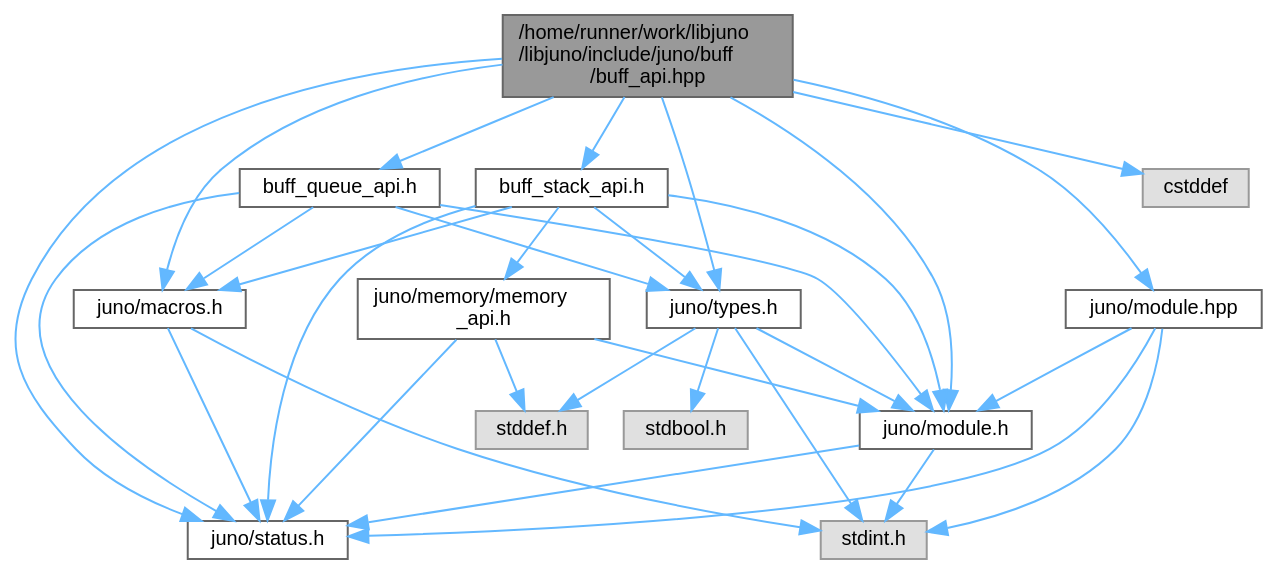
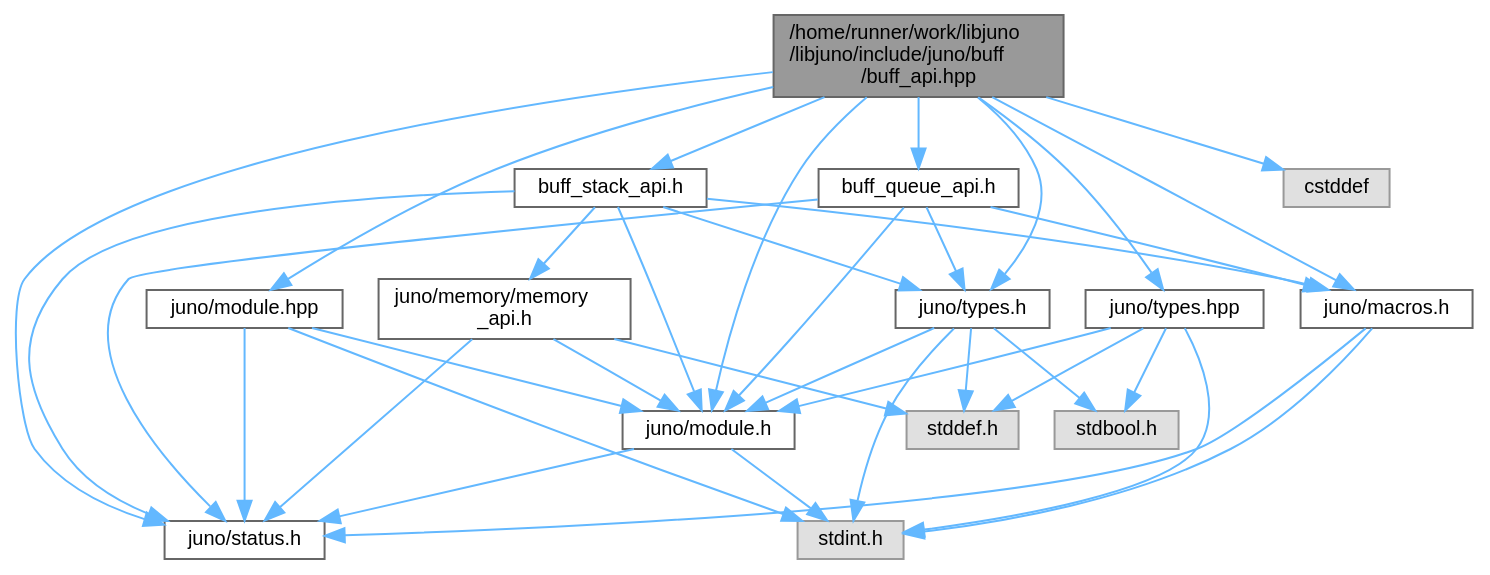
One commit to robinonsay/libjuno changed the diagram in buff__api_8hpp__incl.dot. Above: the diagram before and after it, drawn with Graphviz. The commit also changed 31 other files, not shown here.

```diff
--- a/buff__api_8hpp__incl.dot
+++ b/buff__api_8hpp__incl.dot
@@ -1,51 +1,57 @@
 digraph "/home/runner/work/libjuno/libjuno/include/juno/buff/buff_api.hpp"
 {
  // LATEX_PDF_SIZE
   bgcolor="transparent";
   edge [fontname=Helvetica,fontsize=10,labelfontname=Helvetica,labelfontsize=10];
   node [fontname=Helvetica,fontsize=10,shape=box,height=0.2,width=0.4];
   Node1 [id="Node000001",label="/home/runner/work/libjuno\l/libjuno/include/juno/buff\l/buff_api.hpp",height=0.2,width=0.4,color="gray40", fillcolor="grey60", style="filled", fontcolor="black",tooltip=" "];
   Node1 -> Node2 [id="edge1_Node000001_Node000002",color="steelblue1",style="solid",tooltip=" "];
   Node2 [id="Node000002",label="juno/macros.h",height=0.2,width=0.4,color="grey40", fillcolor="white", style="filled",URL="$macros_8h.html",tooltip=" "];
   Node2 -> Node3 [id="edge2_Node000002_Node000003",color="steelblue1",style="solid",tooltip=" "];
   Node3 [id="Node000003",label="juno/status.h",height=0.2,width=0.4,color="grey40", fillcolor="white", style="filled",URL="$status_8h.html",tooltip=" "];
   Node2 -> Node4 [id="edge3_Node000002_Node000004",color="steelblue1",style="solid",tooltip=" "];
   Node4 [id="Node000004",label="stdint.h",height=0.2,width=0.4,color="grey60", fillcolor="#E0E0E0", style="filled",tooltip=" "];
   Node1 -> Node3 [id="edge4_Node000001_Node000003",color="steelblue1",style="solid",tooltip=" "];
   Node1 -> Node5 [id="edge5_Node000001_Node000005",color="steelblue1",style="solid",tooltip=" "];
   Node5 [id="Node000005",label="juno/module.h",height=0.2,width=0.4,color="grey40", fillcolor="white", style="filled",URL="$module_8h.html",tooltip=" "];
   Node5 -> Node3 [id="edge6_Node000005_Node000003",color="steelblue1",style="solid",tooltip=" "];
   Node5 -> Node4 [id="edge7_Node000005_Node000004",color="steelblue1",style="solid",tooltip=" "];
   Node1 -> Node6 [id="edge8_Node000001_Node000006",color="steelblue1",style="solid",tooltip=" "];
   Node6 [id="Node000006",label="juno/module.hpp",height=0.2,width=0.4,color="grey40", fillcolor="white", style="filled",URL="$module_8hpp.html",tooltip=" "];
   Node6 -> Node3 [id="edge9_Node000006_Node000003",color="steelblue1",style="solid",tooltip=" "];
   Node6 -> Node4 [id="edge10_Node000006_Node000004",color="steelblue1",style="solid",tooltip=" "];
   Node6 -> Node5 [id="edge11_Node000006_Node000005",color="steelblue1",style="solid",tooltip=" "];
   Node1 -> Node7 [id="edge12_Node000001_Node000007",color="steelblue1",style="solid",tooltip=" "];
   Node7 [id="Node000007",label="juno/types.h",height=0.2,width=0.4,color="grey40", fillcolor="white", style="filled",URL="$types_8h.html",tooltip=" "];
   Node7 -> Node5 [id="edge13_Node000007_Node000005",color="steelblue1",style="solid",tooltip=" "];
   Node7 -> Node8 [id="edge14_Node000007_Node000008",color="steelblue1",style="solid",tooltip=" "];
   Node8 [id="Node000008",label="stdbool.h",height=0.2,width=0.4,color="grey60", fillcolor="#E0E0E0", style="filled",tooltip=" "];
   Node7 -> Node9 [id="edge15_Node000007_Node000009",color="steelblue1",style="solid",tooltip=" "];
   Node9 [id="Node000009",label="stddef.h",height=0.2,width=0.4,color="grey60", fillcolor="#E0E0E0", style="filled",tooltip=" "];
   Node7 -> Node4 [id="edge16_Node000007_Node000004",color="steelblue1",style="solid",tooltip=" "];
   Node1 -> Node10 [id="edge17_Node000001_Node000010",color="steelblue1",style="solid",tooltip=" "];
   Node10 [id="Node000010",label="buff_queue_api.h",height=0.2,width=0.4,color="grey40", fillcolor="white", style="filled",URL="$buff__queue__api_8h.html",tooltip=" "];
   Node10 -> Node2 [id="edge18_Node000010_Node000002",color="steelblue1",style="solid",tooltip=" "];
   Node10 -> Node3 [id="edge19_Node000010_Node000003",color="steelblue1",style="solid",tooltip=" "];
   Node10 -> Node5 [id="edge20_Node000010_Node000005",color="steelblue1",style="solid",tooltip=" "];
   Node10 -> Node7 [id="edge21_Node000010_Node000007",color="steelblue1",style="solid",tooltip=" "];
   Node1 -> Node11 [id="edge22_Node000001_Node000011",color="steelblue1",style="solid",tooltip=" "];
   Node11 [id="Node000011",label="buff_stack_api.h",height=0.2,width=0.4,color="grey40", fillcolor="white", style="filled",URL="$buff__stack__api_8h.html",tooltip=" "];
   Node11 -> Node2 [id="edge23_Node000011_Node000002",color="steelblue1",style="solid",tooltip=" "];
   Node11 -> Node12 [id="edge24_Node000011_Node000012",color="steelblue1",style="solid",tooltip=" "];
   Node12 [id="Node000012",label="juno/memory/memory\l_api.h",height=0.2,width=0.4,color="grey40", fillcolor="white", style="filled",URL="$memory__api_8h.html",tooltip=" "];
   Node12 -> Node3 [id="edge25_Node000012_Node000003",color="steelblue1",style="solid",tooltip=" "];
   Node12 -> Node5 [id="edge26_Node000012_Node000005",color="steelblue1",style="solid",tooltip=" "];
   Node12 -> Node9 [id="edge27_Node000012_Node000009",color="steelblue1",style="solid",tooltip=" "];
   Node11 -> Node3 [id="edge28_Node000011_Node000003",color="steelblue1",style="solid",tooltip=" "];
   Node11 -> Node5 [id="edge29_Node000011_Node000005",color="steelblue1",style="solid",tooltip=" "];
   Node11 -> Node7 [id="edge30_Node000011_Node000007",color="steelblue1",style="solid",tooltip=" "];
   Node1 -> Node13 [id="edge31_Node000001_Node000013",color="steelblue1",style="solid",tooltip=" "];
-  Node13 [id="Node000013",label="cstddef",height=0.2,width=0.4,color="grey60", fillcolor="#E0E0E0", style="filled",tooltip=" "];
+  Node13 [id="Node000013",label="juno/types.hpp",height=0.2,width=0.4,color="grey40", fillcolor="white", style="filled",URL="$types_8hpp.html",tooltip=" "];
+  Node13 -> Node5 [id="edge32_Node000013_Node000005",color="steelblue1",style="solid",tooltip=" "];
+  Node13 -> Node8 [id="edge33_Node000013_Node000008",color="steelblue1",style="solid",tooltip=" "];
+  Node13 -> Node9 [id="edge34_Node000013_Node000009",color="steelblue1",style="solid",tooltip=" "];
+  Node13 -> Node4 [id="edge35_Node000013_Node000004",color="steelblue1",style="solid",tooltip=" "];
+  Node1 -> Node14 [id="edge36_Node000001_Node000014",color="steelblue1",style="solid",tooltip=" "];
+  Node14 [id="Node000014",label="cstddef",height=0.2,width=0.4,color="grey60", fillcolor="#E0E0E0", style="filled",tooltip=" "];
 }
```
